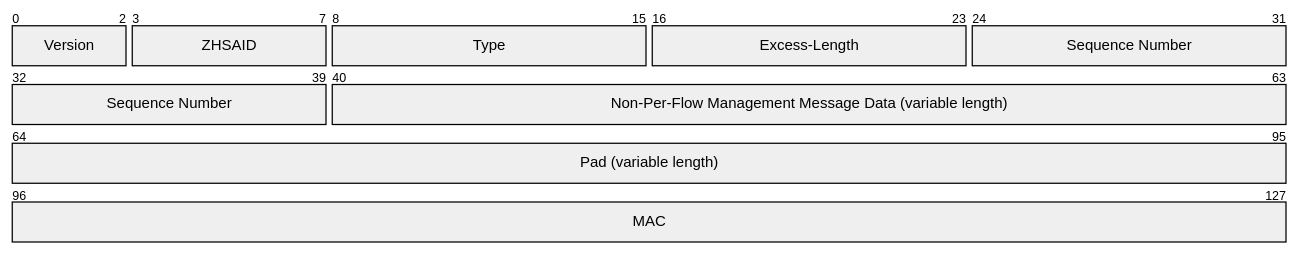
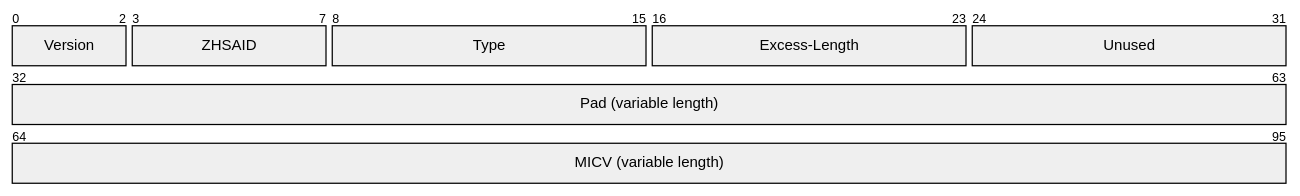
One commit to org-zpr/zpr-rfcs changed diagram 11 of 43 in src/17-ZPR-Data-Protocol/body.md. Above: the diagram before and after it, drawn with Mermaid. The commit also changed other lines of this file, not shown here.

````diff
--- a/src/17-ZPR-Data-Protocol/body.md
+++ b/src/17-ZPR-Data-Protocol/body.md
@@ -2508,12 +2497,11 @@
 ``` mermaid
-%%| fig-cap: Non-Per-Flow Management Packet Format
+%%| fig-cap: Discard Message Format
 packet
 +3: "Version"
 +5: "ZHSAID"
 +8: "Type"
 +8: "Excess-Length"
-+16: "Sequence Number"
-+24: "Non-Per-Flow Management Message Data (variable length)"
++8: "Unused"
 +32: "Pad (variable length)"
-+32: "MAC"
++32: "MICV (variable length)"
 ```
````
